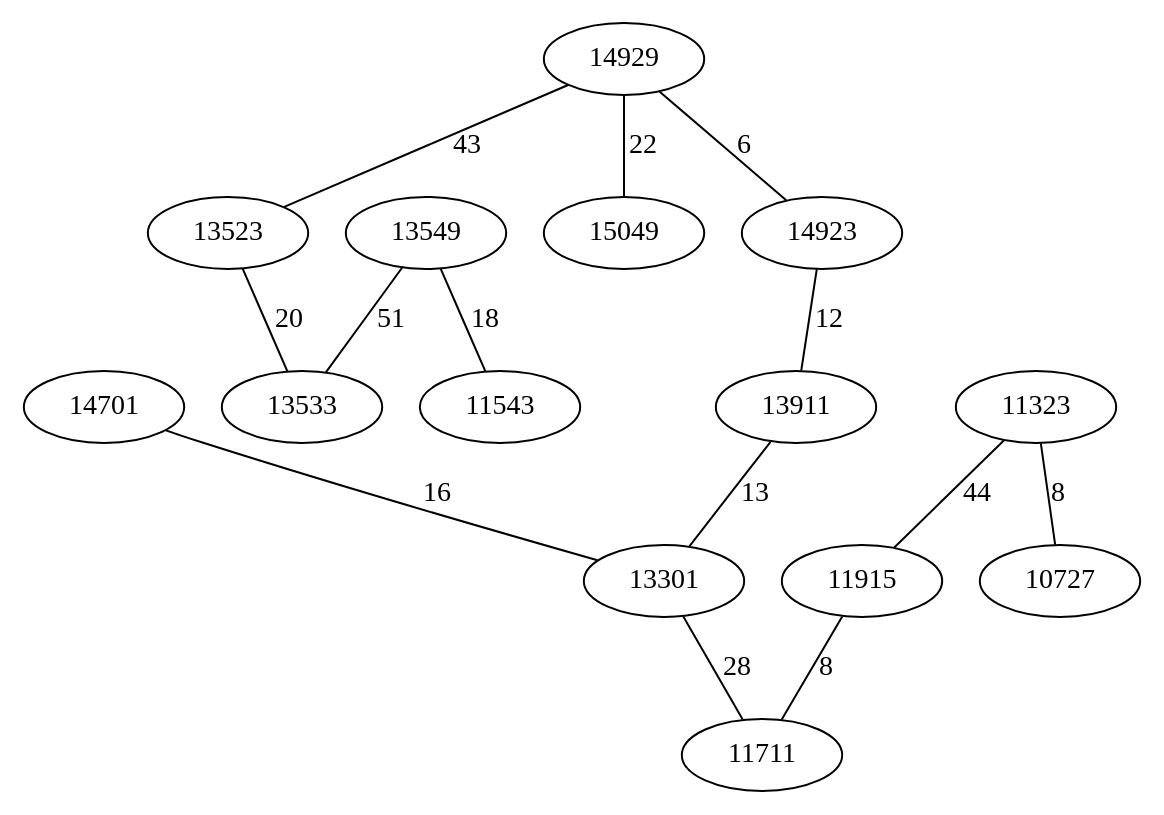
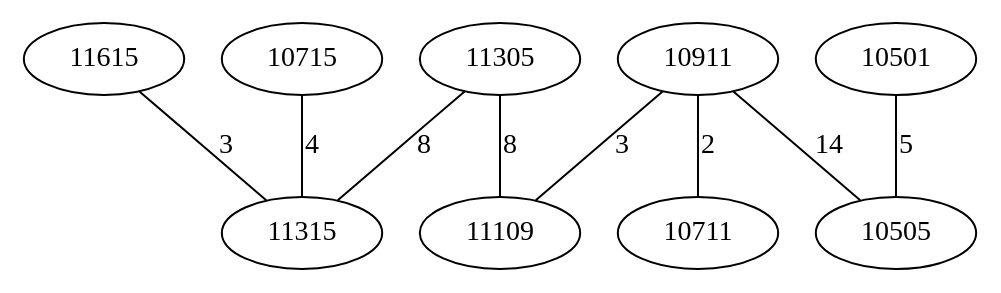
One commit to AsmNoob/Labyrinthe changed the diagram in Graph.dot. Above: the diagram before and after it, drawn with Graphviz. The commit also changed 5 other files, not shown here.

Commit message:
[Graph]: Added Dijkstra 1.0

```diff
--- a/Graph.dot
+++ b/Graph.dot
@@ -1,17 +1,12 @@
 graph chemin {
 
-	14929 -- 13523 [label=43]
-	14929 -- 14923 [label=6]
-	14929 -- 15049 [label=22]
-	13549 -- 13533 [label=51]
-	13549 -- 11543 [label=18]
-	14701 -- 13301 [label=16]
-	14923 -- 13911 [label=12]
-	13911 -- 13301 [label=13]
-	11323 -- 11915 [label=44]
-	11323 -- 10727 [label=8]
-	13301 -- 11711 [label=28]
-	13523 -- 13533 [label=20]
-	11915 -- 11711 [label=8]
+	11305 -- 11315 [label=8]
+	11305 -- 11109 [label=8]
+	10911 -- 10505 [label=14]
+	10911 -- 10711 [label=2]
+	10911 -- 11109 [label=3]
+	11615 -- 11315 [label=3]
+	10501 -- 10505 [label=5]
+	10715 -- 11315 [label=4]
 
 }
```
